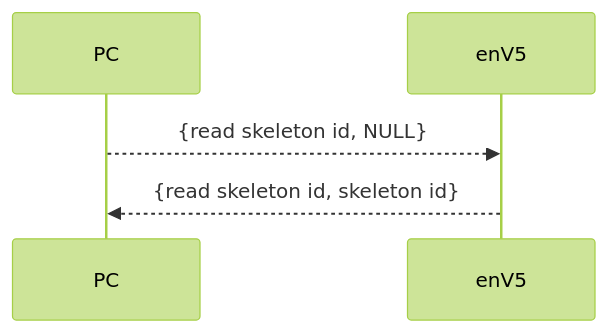
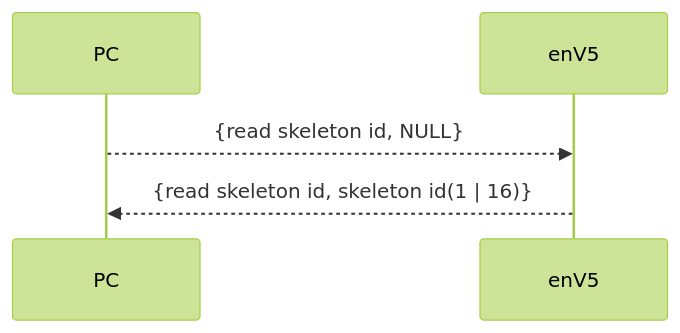
One commit to es-ude/elastic-ai.runtime.enV5 changed the third of 10 diagrams in python_utils/usb/README.adoc. Above: the diagram before and after it, drawn with Mermaid (forest theme). The commit also changed other lines of this file, not shown here.

```diff
--- a/python_utils/usb/README.adoc
+++ b/python_utils/usb/README.adoc
@@ -60,6 +60,6 @@
 [mermaid]
 ....
 sequenceDiagram
     PC-->>enV5: {read skeleton id, NULL}
-    enV5-->>PC: {read skeleton id, skeleton id}
+    enV5-->>PC: {read skeleton id, skeleton id(1 | 16)}
 ....
```
